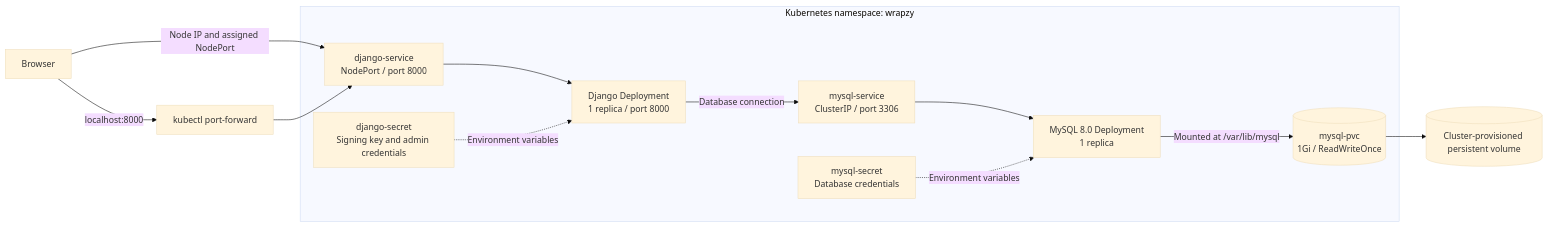
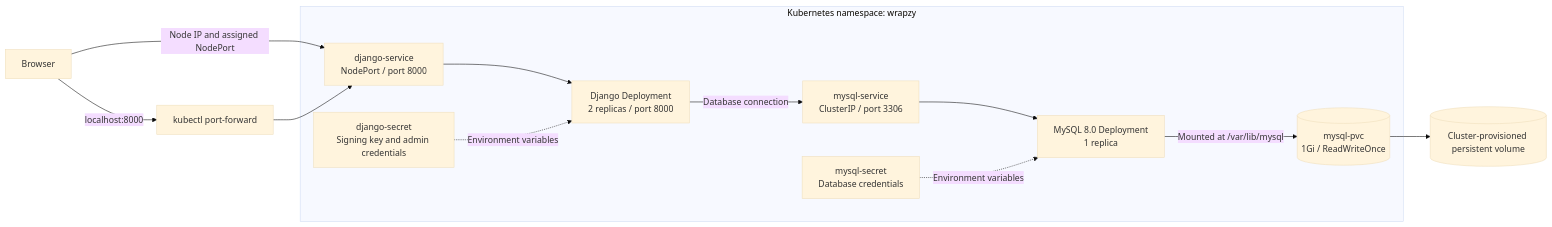
Before and after one commit to prapanjanprabhu/django-k8s-terraform-cicd: the second of 3 diagrams in README.md, drawn with Mermaid (base theme). The commit also changed other lines of this file and 14 other files, not shown here.

````diff
--- a/README.md
+++ b/README.md
@@ -90,15 +90,15 @@
 ```mermaid
 flowchart LR
     Browser["Browser"] -->|"Node IP and assigned NodePort"| Service
     Browser -->|"localhost:8000"| Forward["kubectl port-forward"]
     Forward --> Service
     subgraph Namespace["Kubernetes namespace: wrapzy"]
-        Service["django-service<br/>NodePort / port 8000"] --> Django["Django Deployment<br/>1 replica / port 8000"]
+        Service["django-service<br/>NodePort / port 8000"] --> Django["Django Deployment<br/>2 replicas / port 8000"]
         AppSecret["django-secret<br/>Signing key and admin credentials"] -.->|"Environment variables"| Django
         Django -->|"Database connection"| DBService["mysql-service<br/>ClusterIP / port 3306"]
         DBService --> MySQL["MySQL 8.0 Deployment<br/>1 replica"]
         DBSecret["mysql-secret<br/>Database credentials"] -.->|"Environment variables"| MySQL
         MySQL -->|"Mounted at /var/lib/mysql"| PVC[("mysql-pvc<br/>1Gi / ReadWriteOnce")]
     end
     PVC --> PV[("Cluster-provisioned persistent volume")]
 ```
````
